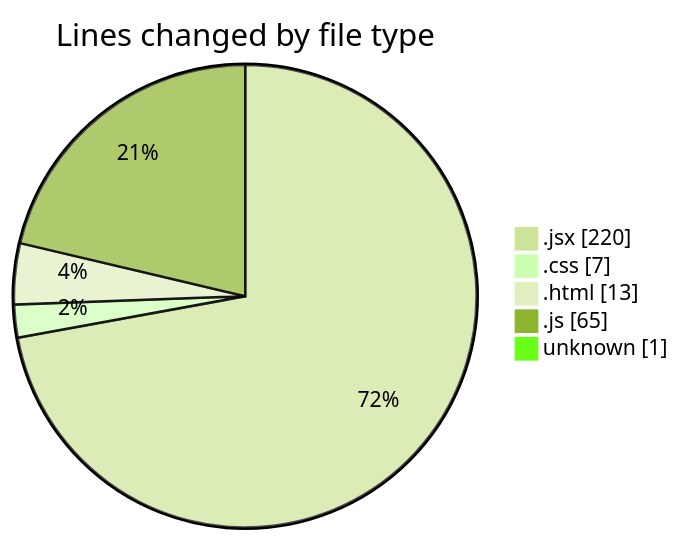
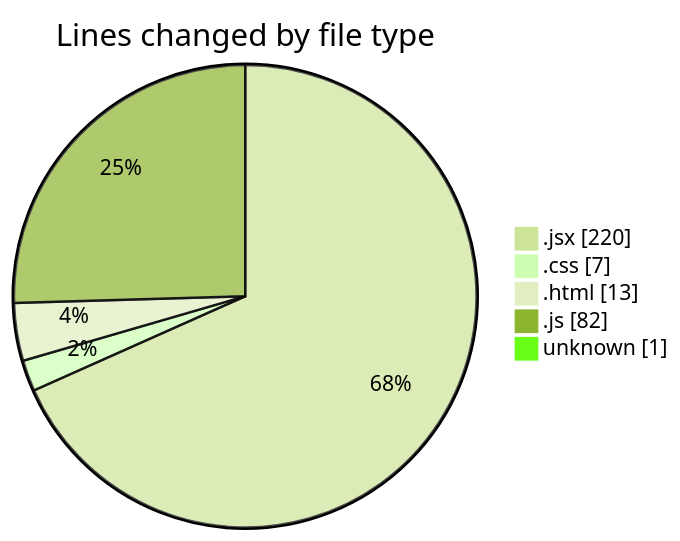
One commit to Ritupan-Deka/code-tracking changed the first of 2 diagrams in 2025-05-29/projects/README.md. Above: the diagram before and after it, drawn with Mermaid (forest theme). The commit also changed other lines of this file and 1 other file, not shown here.

````diff
--- a/2025-05-29/projects/README.md
+++ b/2025-05-29/projects/README.md
@@ -29,9 +29,9 @@
 ```mermaid
 pie showData
 title Lines changed by file type
 ".jsx" : 220
 ".css" : 7
 ".html" : 13
-".js" : 65
+".js" : 82
 "unknown" : 1
 ```
````
